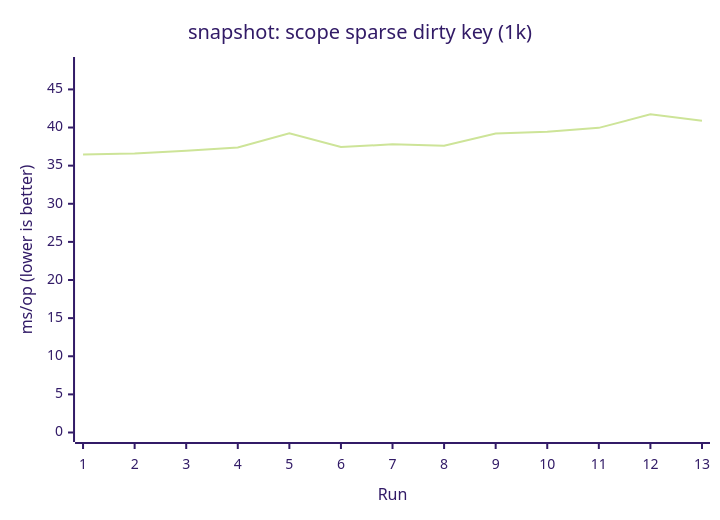
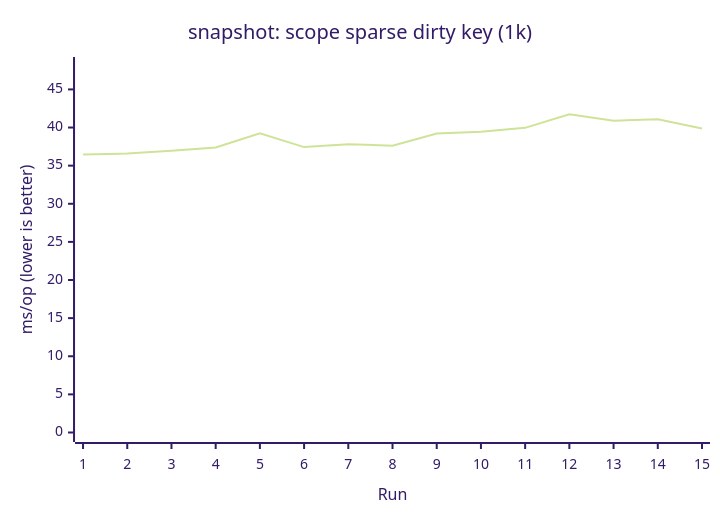
The fifth of 17 diagrams in apps/docs/src/content/docs/en/guides/benchmark.mdx (AIluffy/io), drawn with Mermaid (forest theme) before and after one commit. The commit also changed other lines of this file and 7 other files, not shown here.

````diff
--- a/apps/docs/src/content/docs/en/guides/benchmark.mdx
+++ b/apps/docs/src/content/docs/en/guides/benchmark.mdx
@@ -235,7 +237,7 @@
 ```mermaid
 xychart-beta
   title "snapshot: scope sparse dirty key (1k)"
-  x-axis "Run" [1, 2, 3, 4, 5, 6, 7, 8, 9, 10, 11, 12, 13]
+  x-axis "Run" [1, 2, 3, 4, 5, 6, 7, 8, 9, 10, 11, 12, 13, 14, 15]
   y-axis "ms/op (lower is better)" 0 --> 48.0046
-  line [36.472, 36.5878, 36.9486, 37.3812, 39.2313, 37.435, 37.7992, 37.6167, 39.2233, 39.4452, 39.9555, 41.7431, 40.8896]
+  line [36.472, 36.5878, 36.9486, 37.3812, 39.2313, 37.435, 37.7992, 37.6167, 39.2233, 39.4452, 39.9555, 41.7431, 40.8896, 41.0984, 39.8832]
 ```
````
